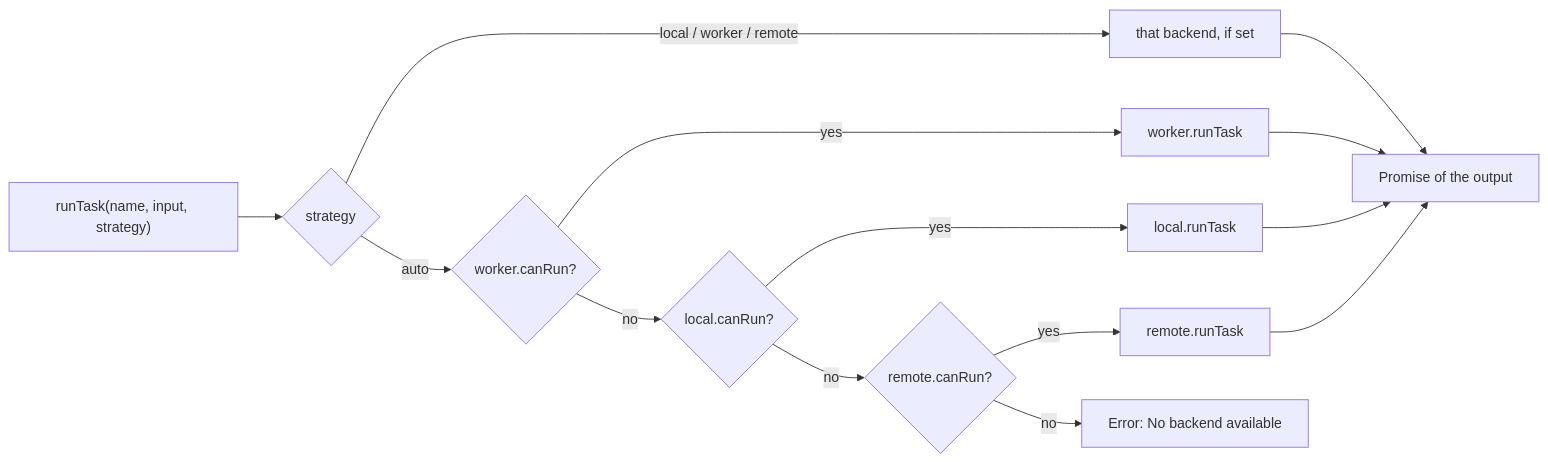
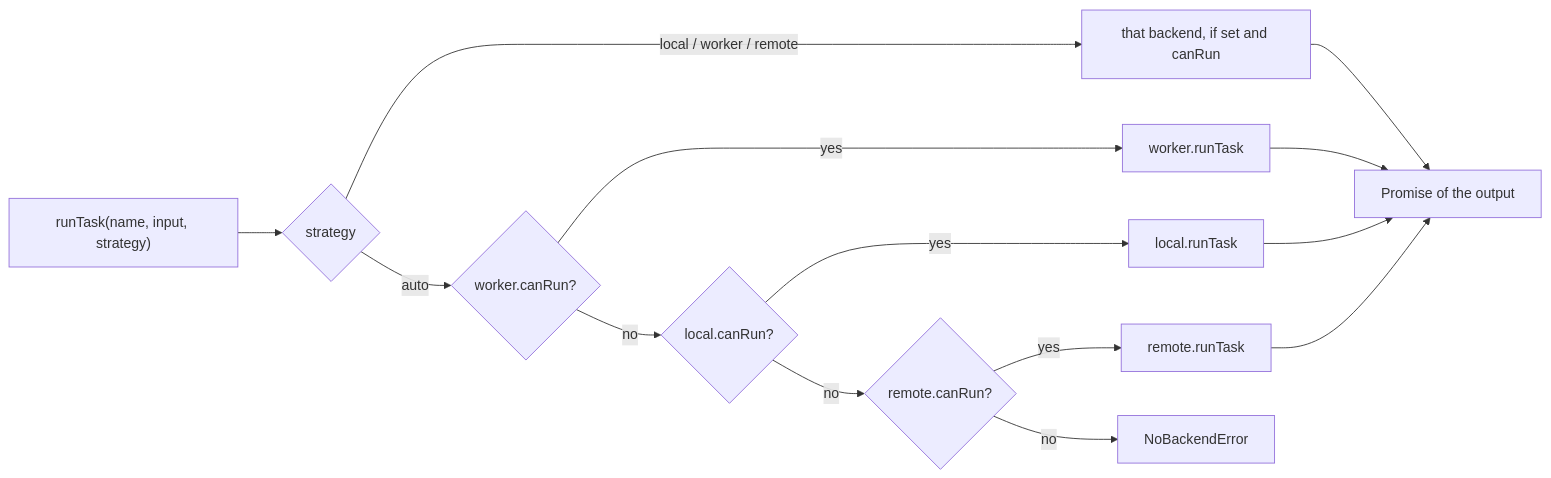
Before and after one commit to phun-ky/hybrid-compute: the second of 4 diagrams in README.md, drawn with Mermaid. The commit also changed other lines of this file and 9 other files, not shown here.

First line of the commit message:
docs: ✏️ describe core's validation, canRun rule and NoBackendError

````diff
--- a/README.md
+++ b/README.md
@@ -405,16 +405,16 @@
 ```mermaid
 flowchart LR
   App["runTask(name, input, strategy)"] --> S{strategy}
-  S -->|"local / worker / remote"| Direct["that backend, if set"]
+  S -->|"local / worker / remote"| Direct["that backend, if set and canRun"]
   S -->|auto| W{"worker.canRun?"}
   W -->|yes| WR[worker.runTask]
   W -->|no| L{"local.canRun?"}
   L -->|yes| LR[local.runTask]
   L -->|no| R{"remote.canRun?"}
   R -->|yes| RR[remote.runTask]
-  R -->|no| E["Error: No backend available"]
+  R -->|no| E["NoBackendError"]
   Direct --> P["Promise of the output"]
   WR --> P
   LR --> P
   RR --> P
 ```
````
